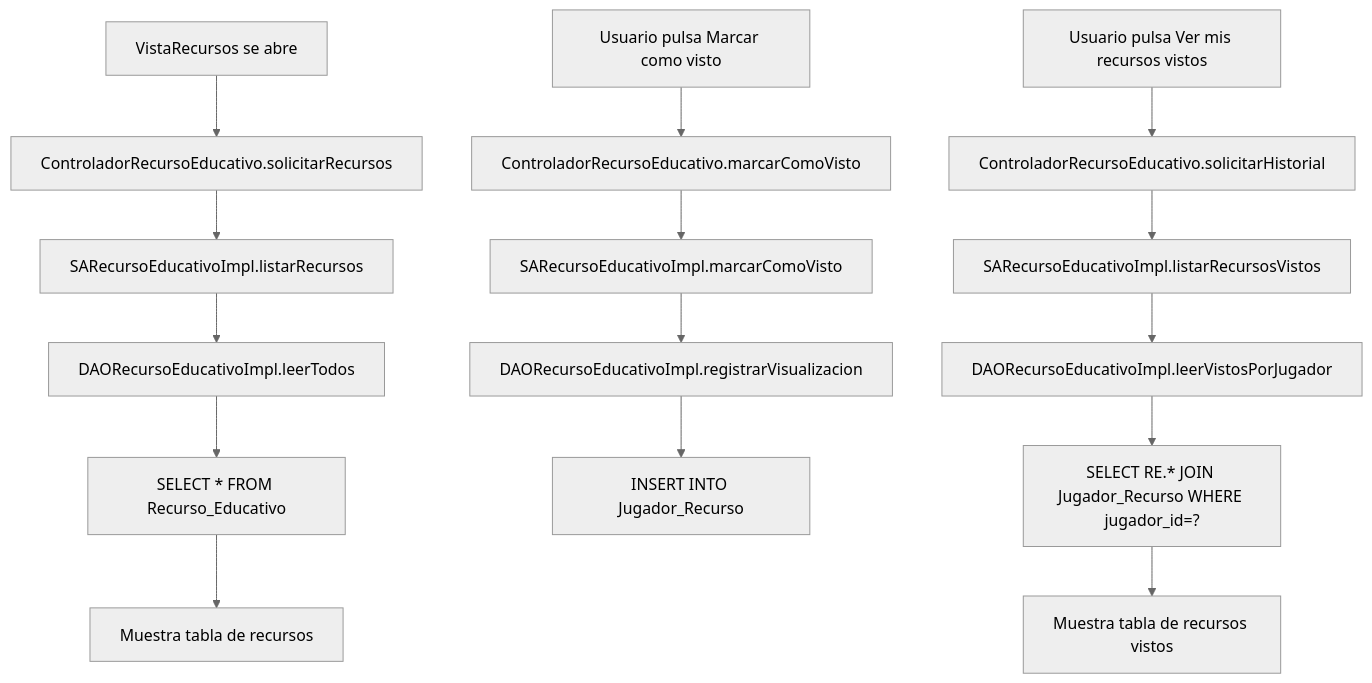
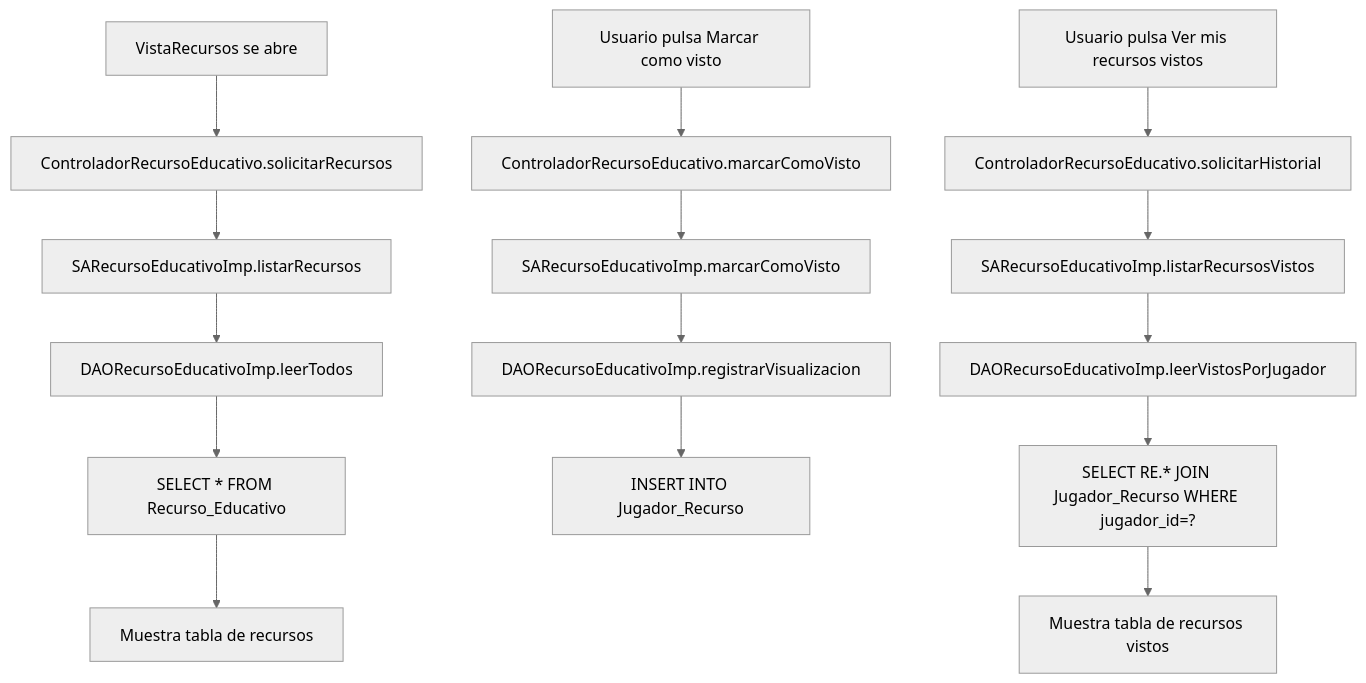
One commit to pelayp01/APUESTASUCM changed diagram 12 of 14 in guias/guiaCompleta.md. Above: the diagram before and after it, drawn with Mermaid (neutral theme). The commit also changed other lines of this file, not shown here.

````diff
--- a/guias/guiaCompleta.md
+++ b/guias/guiaCompleta.md
@@ -593,19 +596,19 @@
 ```mermaid
 flowchart TD
     A[VistaRecursos se abre] --> B[ControladorRecursoEducativo.solicitarRecursos]
-    B --> C[SARecursoEducativoImpl.listarRecursos]
-    C --> D[DAORecursoEducativoImpl.leerTodos]
+    B --> C[SARecursoEducativoImp.listarRecursos]
+    C --> D[DAORecursoEducativoImp.leerTodos]
     D --> E[SELECT * FROM Recurso_Educativo]
     E --> F[Muestra tabla de recursos]
 
     G[Usuario pulsa Marcar como visto] --> H[ControladorRecursoEducativo.marcarComoVisto]
-    H --> I[SARecursoEducativoImpl.marcarComoVisto]
-    I --> J[DAORecursoEducativoImpl.registrarVisualizacion]
+    H --> I[SARecursoEducativoImp.marcarComoVisto]
+    I --> J[DAORecursoEducativoImp.registrarVisualizacion]
     J --> K[INSERT INTO Jugador_Recurso]
 
     L[Usuario pulsa Ver mis recursos vistos] --> M[ControladorRecursoEducativo.solicitarHistorial]
-    M --> N[SARecursoEducativoImpl.listarRecursosVistos]
-    N --> O[DAORecursoEducativoImpl.leerVistosPorJugador]
+    M --> N[SARecursoEducativoImp.listarRecursosVistos]
+    N --> O[DAORecursoEducativoImp.leerVistosPorJugador]
     O --> P[SELECT RE.* JOIN Jugador_Recurso WHERE jugador_id=?]
     P --> Q[Muestra tabla de recursos vistos]
 ```
````
